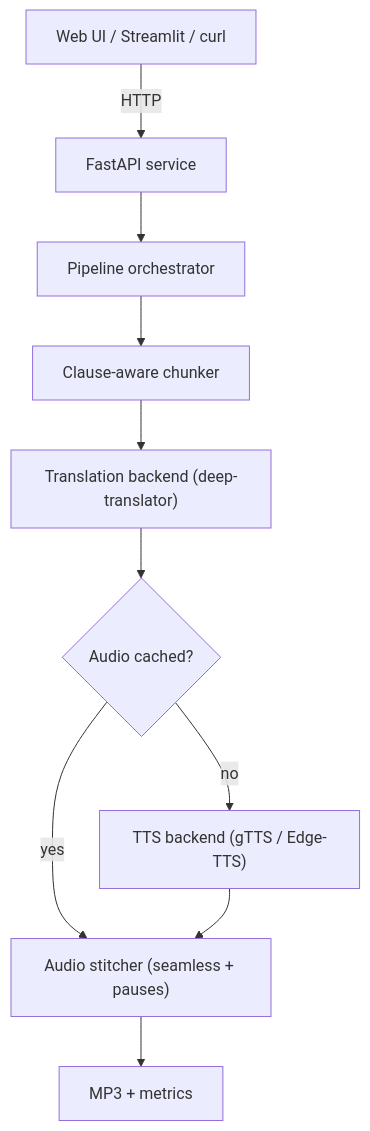
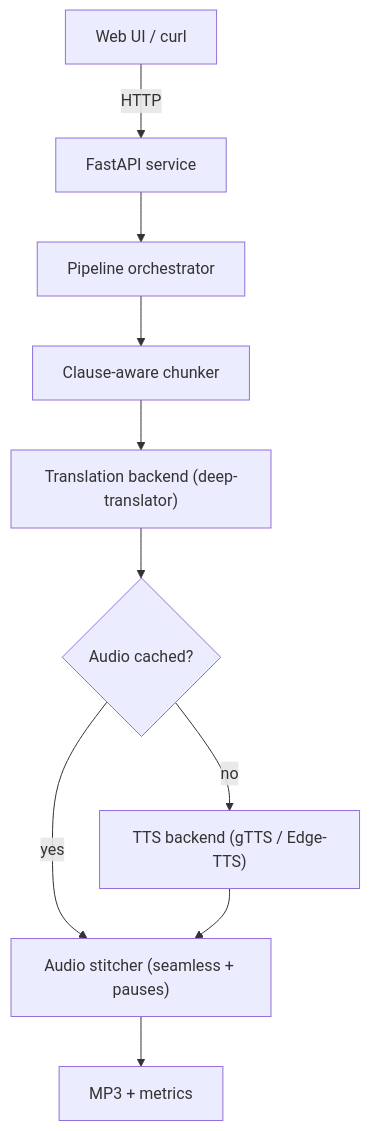
Before and after one commit to ksrinivasarao2012/Basha: the diagram in README.md, drawn with Mermaid. The commit also changed other lines of this file, not shown here.

Commit message:
Docs: align README with current repo (remove Streamlit & .env.example refs)

````diff
--- a/README.md
+++ b/README.md
@@ -82,12 +82,12 @@
 ```mermaid
 flowchart TD
-    UI["Web UI / Streamlit / curl"] -->|HTTP| API["FastAPI service"]
+    UI["Web UI / curl"] -->|HTTP| API["FastAPI service"]
     API --> Orchestrator["Pipeline orchestrator"]
     Orchestrator --> Chunker["Clause-aware chunker"]
     Chunker --> Translate["Translation backend (deep-translator)"]
     Translate --> Cache{"Audio cached?"}
     Cache -->|yes| Stitch
     Cache -->|no| TTS["TTS backend (gTTS / Edge-TTS)"]
     TTS --> Stitch["Audio stitcher (seamless + pauses)"]
     Stitch --> Out["MP3 + metrics"]
 ```
````
